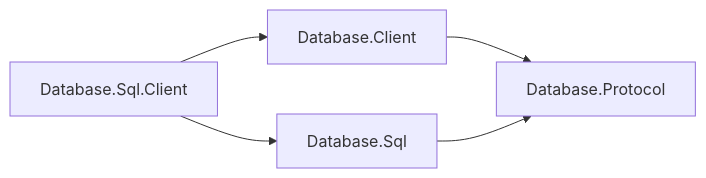
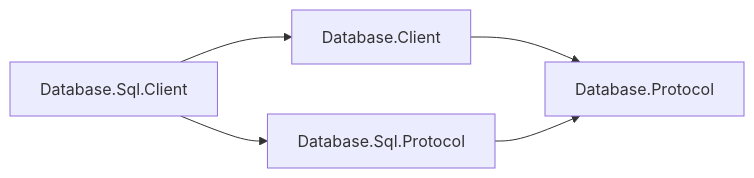
Before and after one commit to assimalign/cohesion-docs: the diagram in docs/dotnet-apis/resources/database/assimalign-cohesion-database-sql-client/design.md, drawn with Mermaid. The commit also changed other lines of this file and 360 other files, not shown here.

First line of the commit message:
docs(database): consolidated model packages, Protocol packages and client migration (#9)

````diff
--- a/docs/dotnet-apis/resources/database/assimalign-cohesion-database-sql-client/design.md
+++ b/docs/dotnet-apis/resources/database/assimalign-cohesion-database-sql-client/design.md
@@ -15,7 +25,7 @@
 ```mermaid
 flowchart LR
     SqlClient["Database.Sql.Client"] --> Client["Database.Client"]
-    SqlClient --> Sql["Database.Sql"]
+    SqlClient --> Sql["Database.Sql.Protocol"]
     Client --> Protocol["Database.Protocol"]
     Sql --> Protocol
 ```
````
